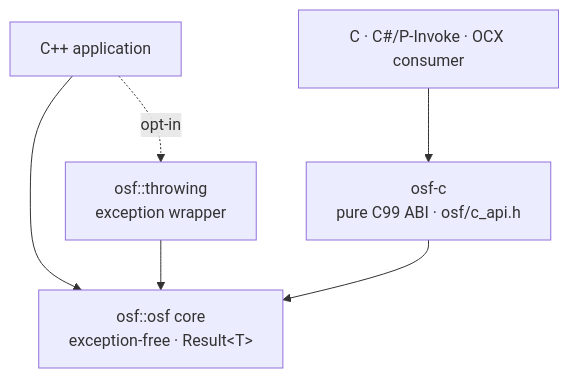
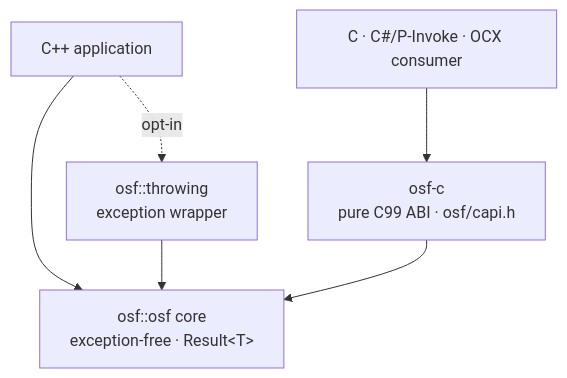
Before and after one commit to optimeas/osf: the third of 3 diagrams in docs/de/implementations/cpp.md, drawn with Mermaid. The commit also changed other lines of this file and 12 other files, not shown here.

````diff
--- a/docs/de/implementations/cpp.md
+++ b/docs/de/implementations/cpp.md
@@ -116,8 +116,8 @@
 ```mermaid
 flowchart TB
     APP["C++ application"] --> CORE["osf::osf core<br/>exception-free · Result&lt;T&gt;"]
     APP -. "opt-in" .-> THR["osf::throwing<br/>exception wrapper"]
     THR --> CORE
-    EXT["C · C#/P-Invoke · OCX consumer"] --> CAPI["osf-c<br/>pure C99 ABI · osf/c_api.h"]
+    EXT["C · C#/P-Invoke · OCX consumer"] --> CAPI["osf-c<br/>pure C99 ABI · osf/capi.h"]
     CAPI --> CORE
 ```
````
